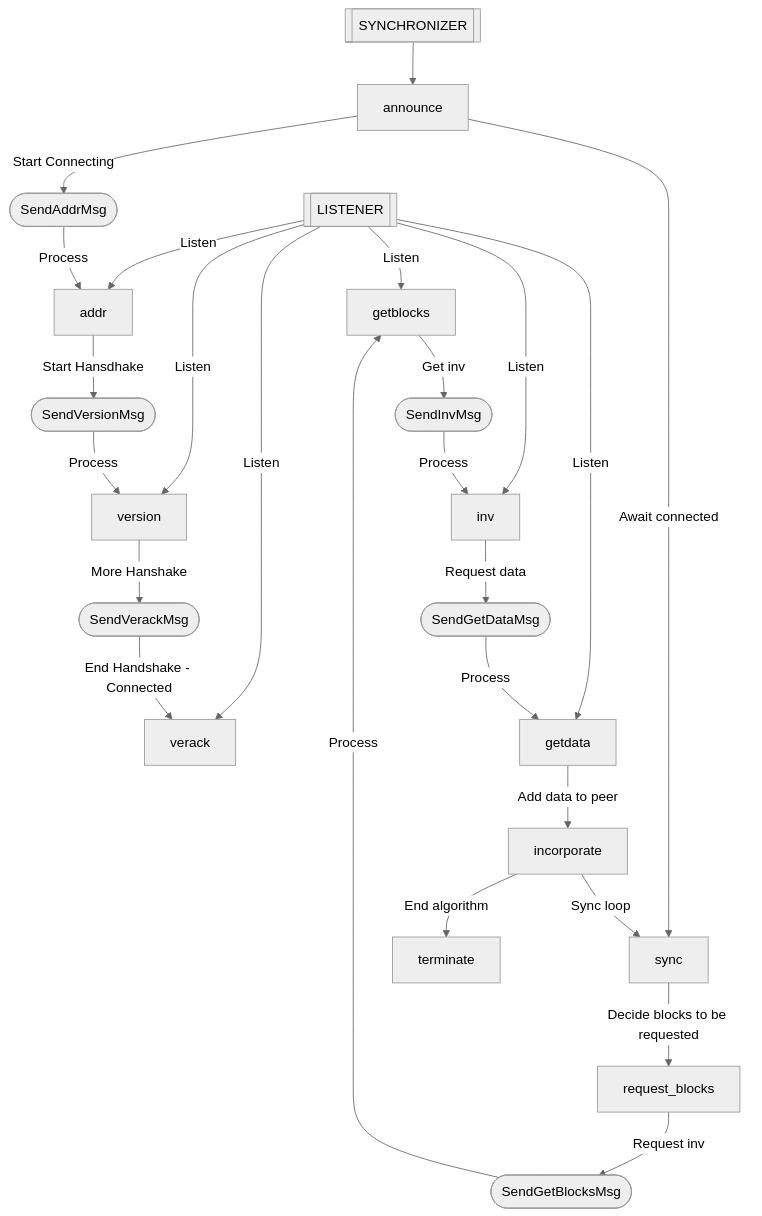
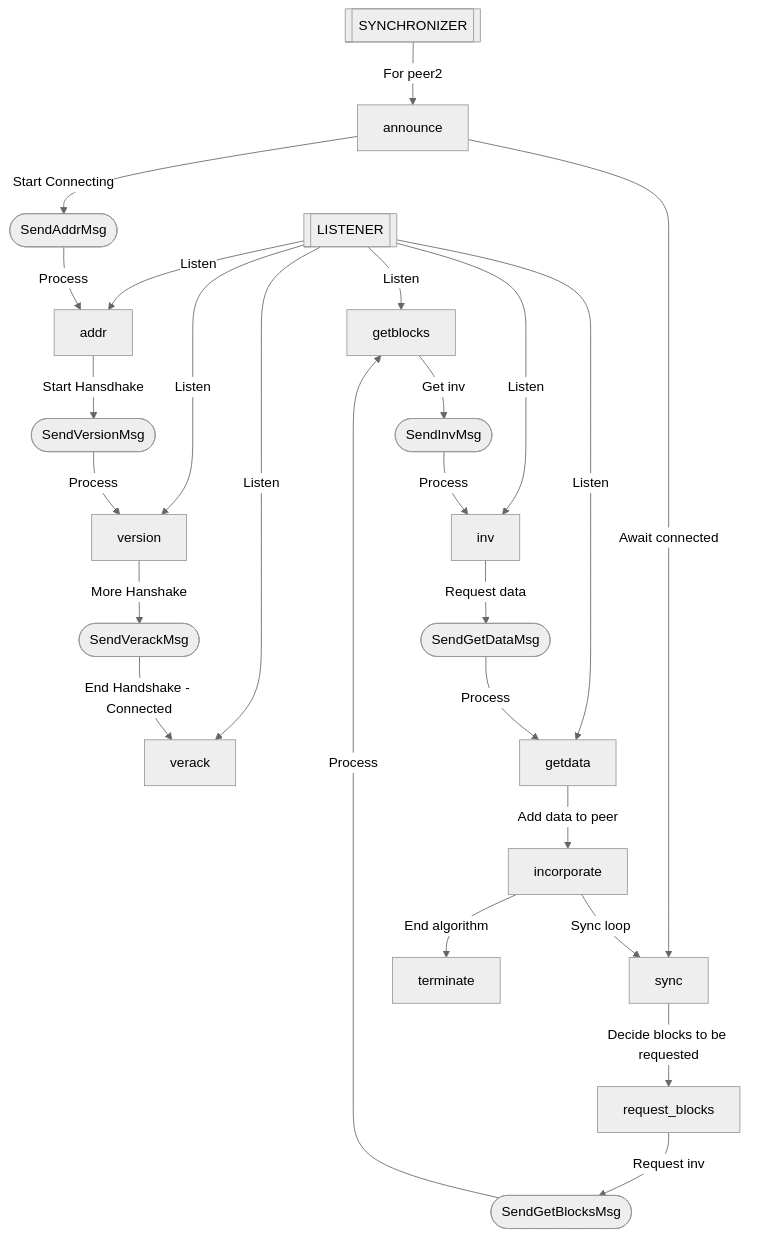
The third of 4 diagrams in README.md (oxarbitrage/zcash-p2p-spec), drawn with Mermaid (neutral theme) before and after one commit. The commit also changed other lines of this file, not shown here.

````diff
--- a/README.md
+++ b/README.md
@@ -87,29 +87,29 @@
 ```mermaid
 flowchart TD
 LISTENER[[LISTENER]] --> |Listen|addr
 LISTENER --> |Listen|version
 LISTENER --> |Listen|verack
 LISTENER --> |Listen|getblocks
 LISTENER --> |Listen|inv
 LISTENER --> |Listen|getdata
 
-SYNCHRONIZER[[SYNCHRONIZER]] --> announce
+SYNCHRONIZER[[SYNCHRONIZER]] --> |For peer2|announce
 announce --> |Start Connecting|send_addr_msg([SendAddrMsg])
 send_addr_msg --> |Process|addr
 addr --> |Start Hansdhake|send_version_msg([SendVersionMsg])
 send_version_msg --> |Process|version
 version --> |More Hanshake|send_verack_msg([SendVerackMsg])
 send_verack_msg --> |End Handshake - Connected|verack
 
 announce --> |Await connected|sync
 sync --> |Decide blocks to be requested|request_blocks
 request_blocks --> |Request inv|send_getblocks_msg([SendGetBlocksMsg])
 send_getblocks_msg --> |Process|getblocks
 getblocks --> |Get inv|send_inv_msg([SendInvMsg])
 send_inv_msg --> |Process|inv
 inv --> |Request data|send_getdata_msg([SendGetDataMsg])
 send_getdata_msg --> |Process|getdata
 getdata --> |Add data to peer|incorporate
 incorporate --> |Sync loop|sync
 incorporate --> |End algorithm|terminate
 ```
````
